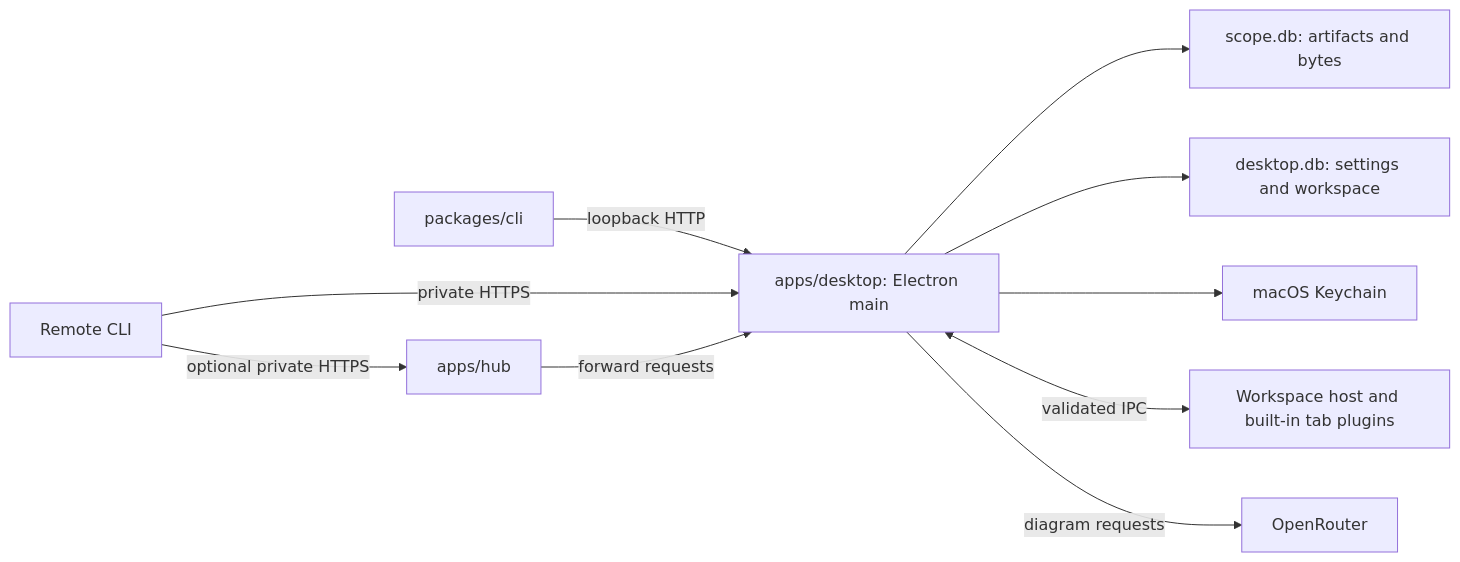
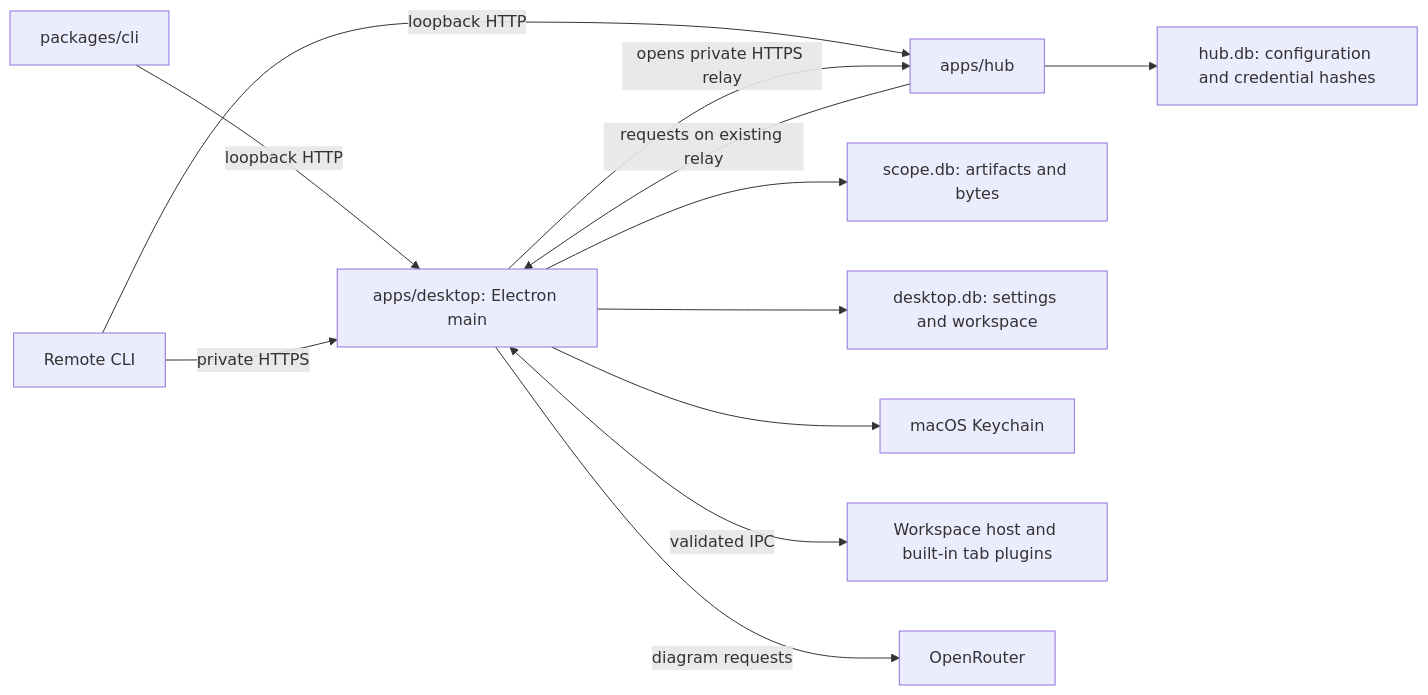
The diagram in docs/architecture.md (alundgren/irudd-scope), drawn with Mermaid before and after one commit. The commit also changed other lines of this file and 33 other files, not shown here.

Commit message:
feat: add remote hub installation and Mac pairing

````diff
--- a/docs/architecture.md
+++ b/docs/architecture.md
@@ -7,12 +7,14 @@
 ```mermaid
 flowchart LR
     CLI[packages/cli] -->|loopback HTTP| Desktop[apps/desktop: Electron main]
     Remote[Remote CLI] -->|private HTTPS| Desktop
-    Remote -->|optional private HTTPS| Hub[apps/hub]
-    Hub -->|forward requests| Desktop
+    Remote -->|loopback HTTP| Hub[apps/hub]
+    Desktop -->|opens private HTTPS relay| Hub
+    Hub -->|requests on existing relay| Desktop
+    Hub --> HubSettings[hub.db: configuration and credential hashes]
     Desktop --> Artifacts[scope.db: artifacts and bytes]
     Desktop --> Preferences[desktop.db: settings and workspace]
     Desktop --> Keychain[macOS Keychain]
     Desktop <-->|validated IPC| UI[Workspace host and built-in tab plugins]
     Desktop -->|diagram requests| Provider[OpenRouter]
 ```
````
